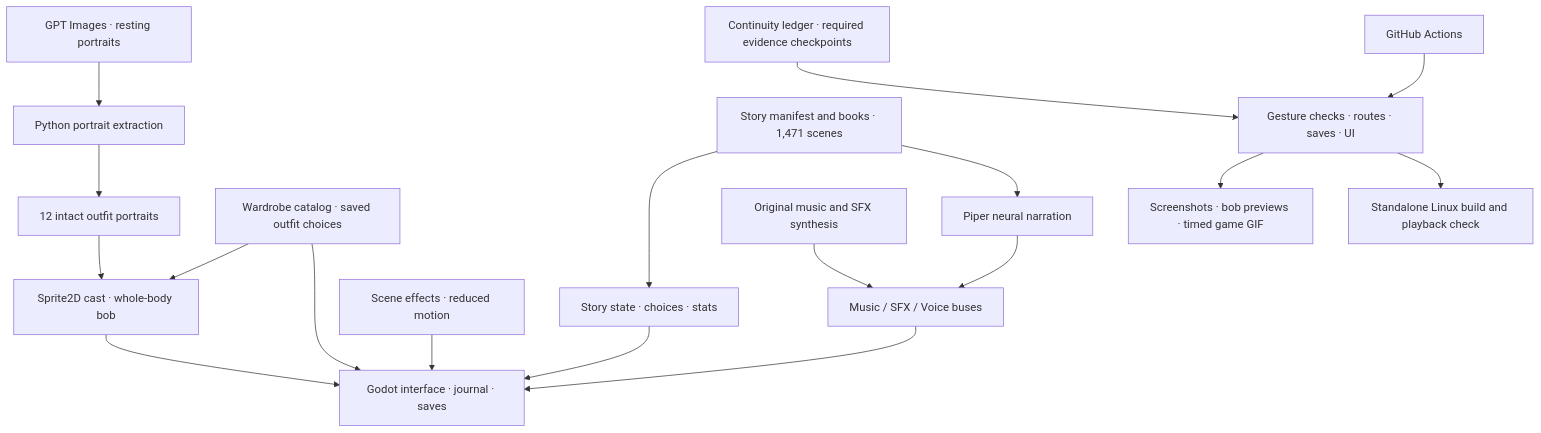
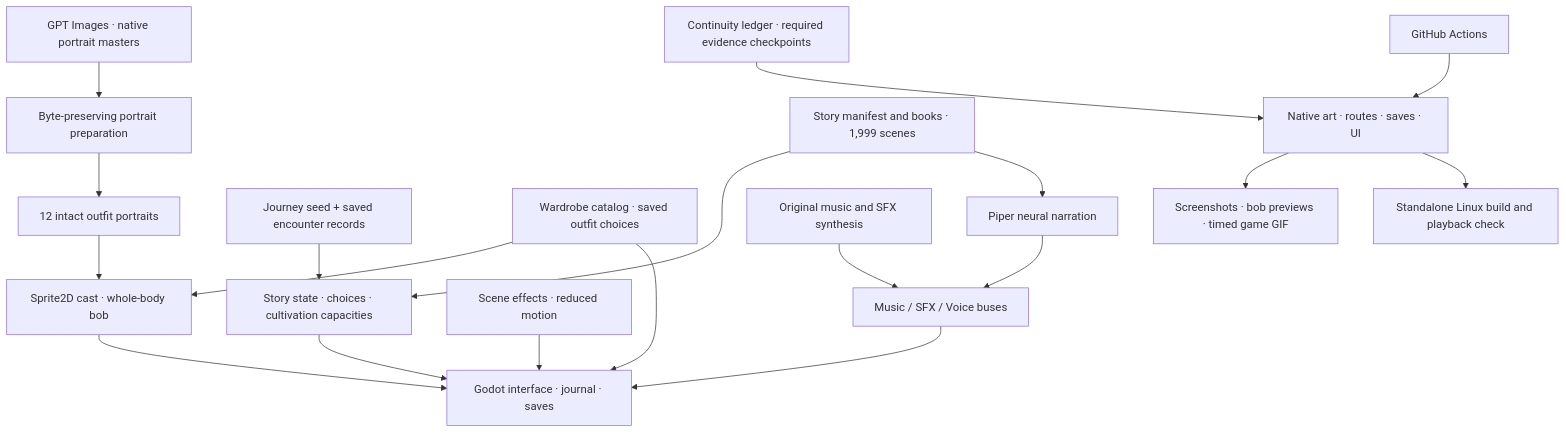
The diagram in README.md (jgyy/octxian), drawn with Mermaid before and after one commit. The commit also changed other lines of this file and 6 other files, not shown here.

Commit message:
docs: reconcile native media, cultivation names and current delivery

````diff
--- a/README.md
+++ b/README.md
@@ -245,20 +263,21 @@
 ```mermaid
 flowchart TD
-    GPT["GPT Images · resting portraits"] --> Prep["Python portrait extraction"]
+    GPT["GPT Images · native portrait masters"] --> Prep["Byte-preserving portrait preparation"]
     Prep --> Portraits["12 intact outfit portraits"]
     Portraits --> Cast["Sprite2D cast · whole-body bob"]
-    JSON["Story manifest and books · 1,471 scenes"] --> State["Story state · choices · stats"]
+    JSON["Story manifest and books · 1,999 scenes"] --> State["Story state · choices · cultivation capacities"]
+    Seed["Journey seed + saved encounter records"] --> State
     Canon["Continuity ledger · required evidence checkpoints"] --> Verify
     Effects["Scene effects · reduced motion"] --> UI
     State --> UI["Godot interface · journal · saves"]
     Wardrobe["Wardrobe catalog · saved outfit choices"] --> Cast
     Wardrobe --> UI
     Cast --> UI
     JSON --> Piper["Piper neural narration"]
     Synth["Original music and SFX synthesis"] --> Audio["Music / SFX / Voice buses"]
     Piper --> Audio
     Audio --> UI
-    CI["GitHub Actions"] --> Verify["Gesture checks · routes · saves · UI"]
+    CI["GitHub Actions"] --> Verify["Native art · routes · saves · UI"]
     Verify --> Capture["Screenshots · bob previews · timed game GIF"]
     Verify --> Build["Standalone Linux build and playback check"]
 ```
````
